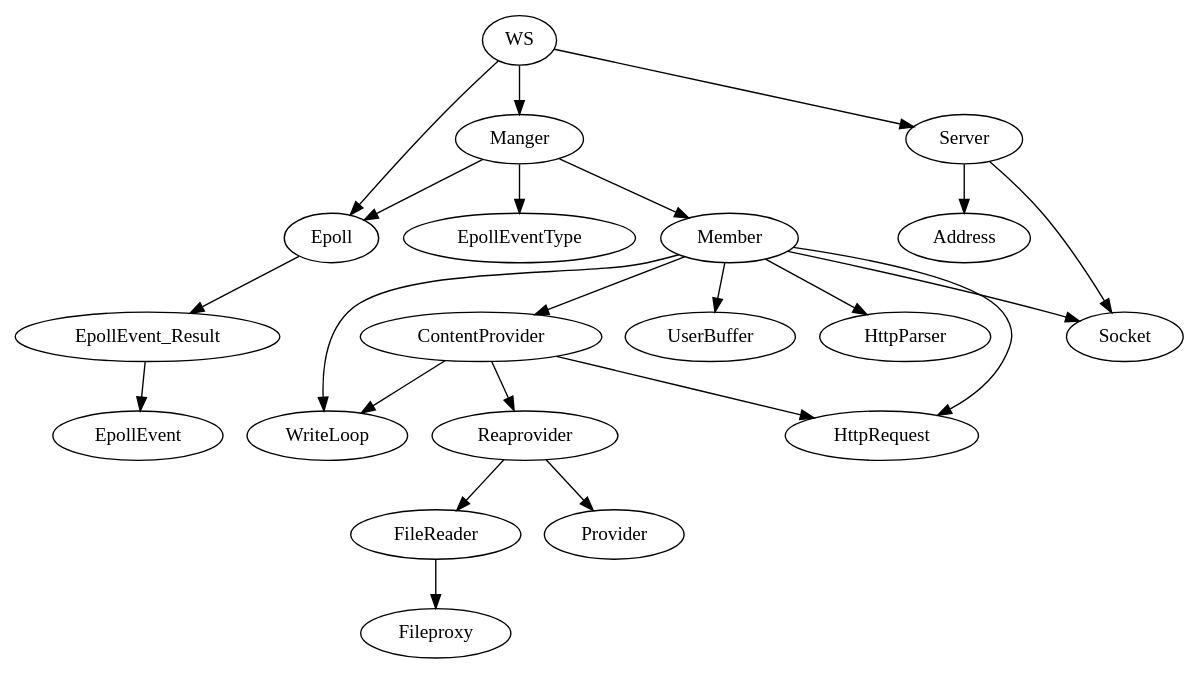
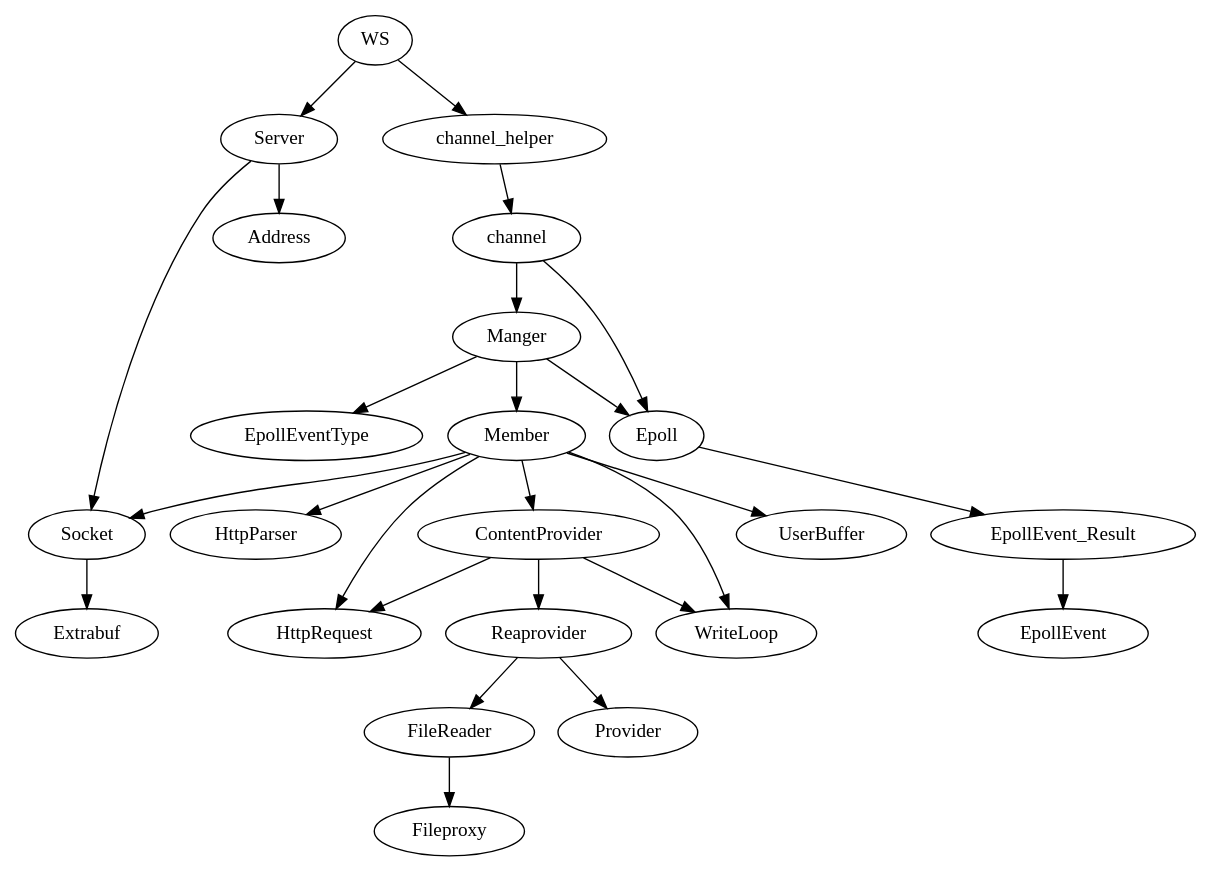
Before and after one commit to Super-long/RabbitServer: the diagram in graph.dot, drawn with Graphviz. The commit also changed 24 other files, not shown here.

```diff
--- a/graph.dot
+++ b/graph.dot
@@ -1,11 +1,14 @@
 digraph config{
-    WS -> {Manger,Epoll,Server}
+    WS -> {channel_helper, Server}  // Manger,Epoll,Server这三个确实有，但是加上影响图的绘制；
+    channel_helper -> {channel, channel, channel}
+    channel -> {Manger,Epoll}
     Epoll -> {EpollEvent_Result}
     EpollEvent_Result -> {EpollEvent}
     Server ->{Socket,Address}
+    Socket -> {Extrabuf}
     Manger -> {Member,Epoll,EpollEventType}
     Member -> {HttpParser,HttpRequest,Socket,WriteLoop,ContentProvider,UserBuffer}
     ContentProvider -> {Reaprovider,HttpRequest,WriteLoop}
     Reaprovider -> {FileReader,Provider}
     FileReader -> {Fileproxy}
 }
```
